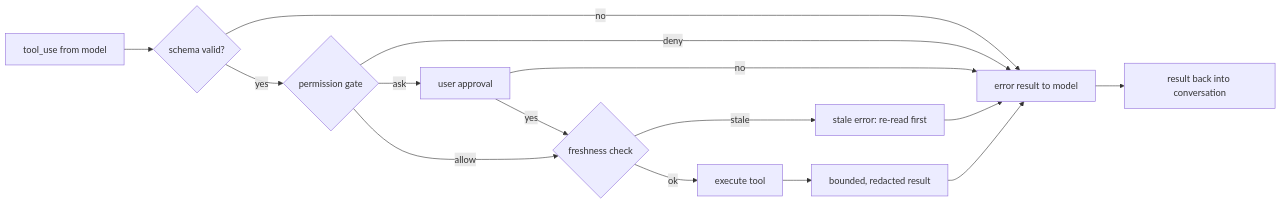
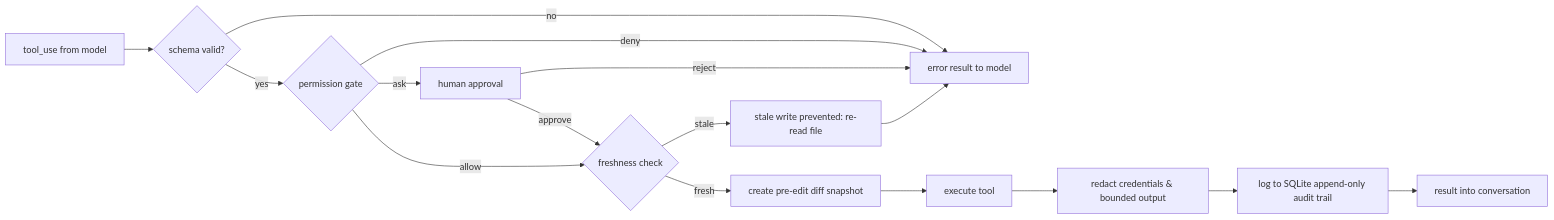
Before and after one commit to SairajMN/TERMINUS: the sixth of 6 diagrams in README.md, drawn with Mermaid. The commit also changed other lines of this file and 100 other files, not shown here.

````diff
--- a/README.md
+++ b/README.md
@@ -174,17 +303,18 @@
 ```mermaid
 flowchart LR
-    A[tool_use from model] --> B{schema valid?}
-    B -- no --> E[error result to model]
-    B -- yes --> C{permission gate}
-    C -- deny --> E
-    C -- ask --> D[user approval]
-    D -- no --> E
-    D -- yes --> F{freshness check}
+    A["tool_use from model"] --> B{"schema valid?"}
+    B -- no --> ERR["error result to model"]
+    B -- yes --> C{"permission gate"}
+    C -- deny --> ERR
+    C -- ask --> D["human approval"]
+    D -- reject --> ERR
+    D -- approve --> F{"freshness check"}
     C -- allow --> F
-    F -- stale --> G[stale error: re-read first]
-    G --> E
-    F -- ok --> H[execute tool]
-    H --> I[bounded, redacted result]
-    I --> E
-    E --> K[result back into conversation]
+    F -- stale --> STALE["stale write prevented: re-read file"]
+    STALE --> ERR
+    F -- fresh --> SNAP["create pre-edit diff snapshot"]
+    SNAP --> EXEC["execute tool"]
+    EXEC --> REDACT["redact credentials & bounded output"]
+    REDACT --> AUDIT["log to SQLite append-only audit trail"]
+    AUDIT --> RET["result into conversation"]
 ```
````
